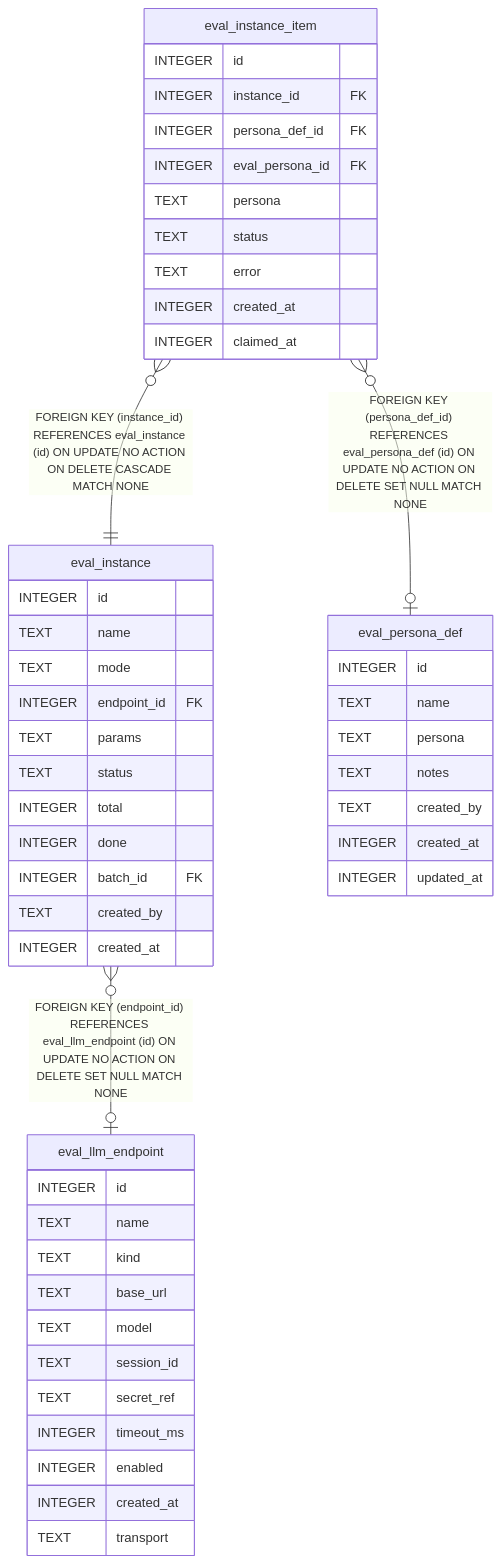
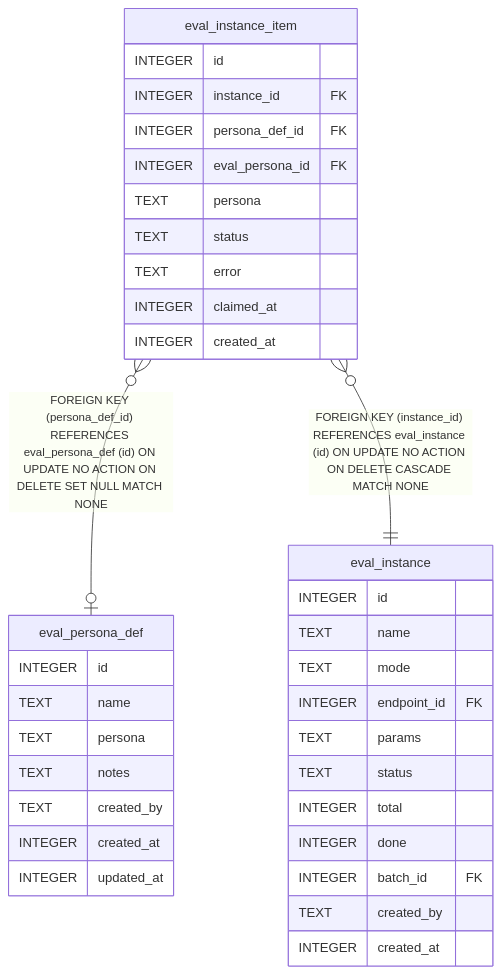
Before and after one commit to ktbhealth/docs: the diagram in content/docs/pt-BR/developers/plugins/eval-persona/reference/schema.mmd, drawn with Mermaid. The commit also changed 27 other files, not shown here.

First line of the commit message:
docs(ai): regen erd — ai_endpoint domain, eval_instance FK rewire

```diff
--- a/content/docs/pt-BR/developers/plugins/eval-persona/reference/schema.mmd
+++ b/content/docs/pt-BR/developers/plugins/eval-persona/reference/schema.mmd
@@ -1,52 +1,38 @@
 erDiagram
 
-"eval_instance" }o--o| "eval_llm_endpoint" : "FOREIGN KEY (endpoint_id) REFERENCES eval_llm_endpoint (id) ON UPDATE NO ACTION ON DELETE SET NULL MATCH NONE"
 "eval_instance_item" }o--o| "eval_persona_def" : "FOREIGN KEY (persona_def_id) REFERENCES eval_persona_def (id) ON UPDATE NO ACTION ON DELETE SET NULL MATCH NONE"
 "eval_instance_item" }o--|| "eval_instance" : "FOREIGN KEY (instance_id) REFERENCES eval_instance (id) ON UPDATE NO ACTION ON DELETE CASCADE MATCH NONE"
 
+"eval_instance_item" {
+  INTEGER id
+  INTEGER instance_id FK
+  INTEGER persona_def_id FK
+  INTEGER eval_persona_id FK
+  TEXT persona
+  TEXT status
+  TEXT error
+  INTEGER claimed_at
+  INTEGER created_at
+}
+"eval_persona_def" {
+  INTEGER id
+  TEXT name
+  TEXT persona
+  TEXT notes
+  TEXT created_by
+  INTEGER created_at
+  INTEGER updated_at
+}
 "eval_instance" {
   INTEGER id
   TEXT name
   TEXT mode
   INTEGER endpoint_id FK
   TEXT params
   TEXT status
   INTEGER total
   INTEGER done
   INTEGER batch_id FK
   TEXT created_by
   INTEGER created_at
 }
-"eval_instance_item" {
-  INTEGER id
-  INTEGER instance_id FK
-  INTEGER persona_def_id FK
-  INTEGER eval_persona_id FK
-  TEXT persona
-  TEXT status
-  TEXT error
-  INTEGER created_at
-  INTEGER claimed_at
-}
-"eval_llm_endpoint" {
-  INTEGER id
-  TEXT name
-  TEXT kind
-  TEXT base_url
-  TEXT model
-  TEXT session_id
-  TEXT secret_ref
-  INTEGER timeout_ms
-  INTEGER enabled
-  INTEGER created_at
-  TEXT transport
-}
-"eval_persona_def" {
-  INTEGER id
-  TEXT name
-  TEXT persona
-  TEXT notes
-  TEXT created_by
-  INTEGER created_at
-  INTEGER updated_at
-}
```
